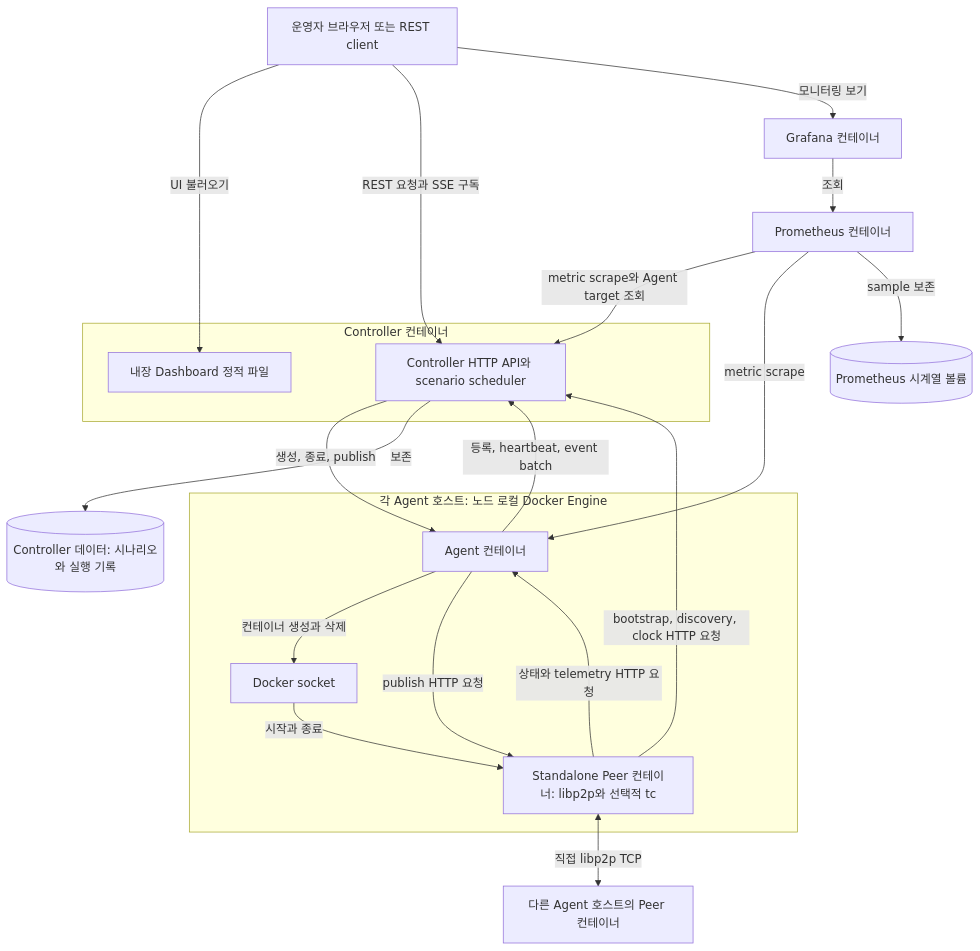
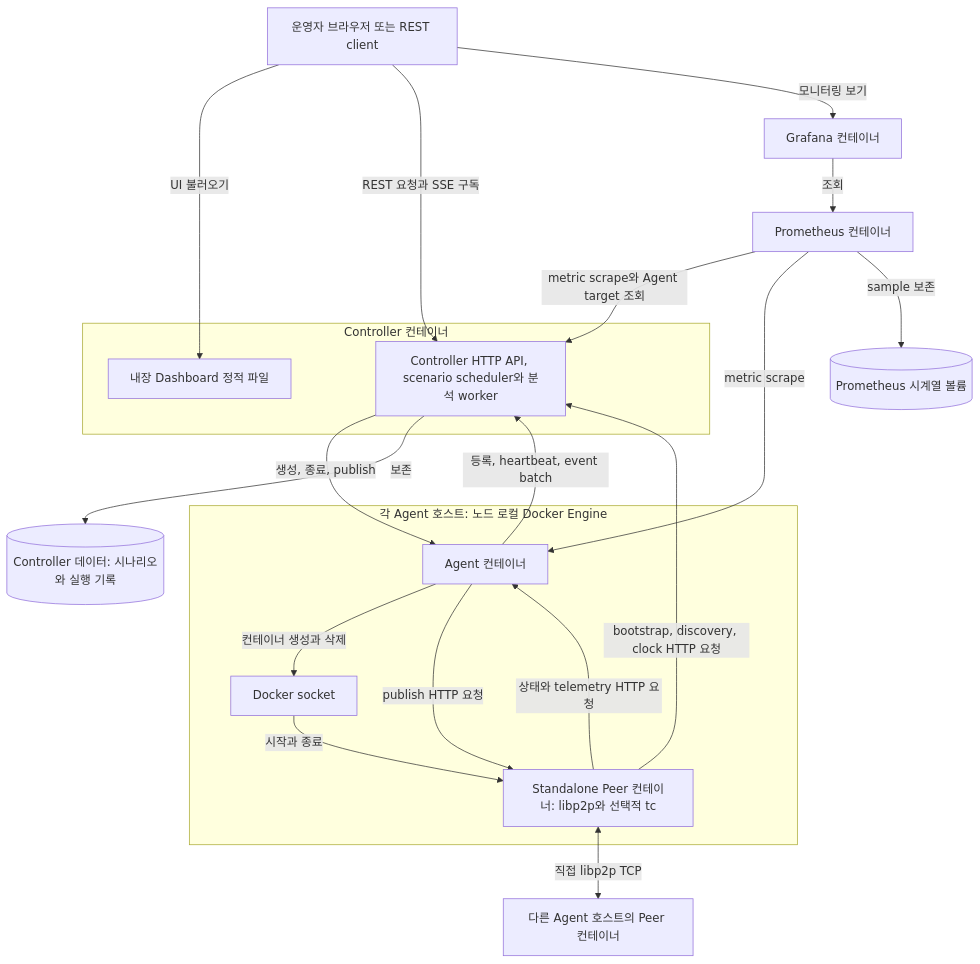
One commit to k-p2p-lab/v3 changed the diagram in docs/architecture.kr.md. Above: the diagram before and after it, drawn with Mermaid. The commit also changed other lines of this file and 24 other files, not shown here.

````diff
--- a/docs/architecture.kr.md
+++ b/docs/architecture.kr.md
@@ -7,34 +7,34 @@
 ```mermaid
 flowchart TB
     operator["운영자 브라우저 또는 REST client"]
     subgraph controllerContainer["Controller 컨테이너"]
         dashboard["내장 Dashboard 정적 파일"]
-        controller["Controller HTTP API와 scenario scheduler"]
+        controller["Controller HTTP API, scenario scheduler와 분석 worker"]
     end
     subgraph agentHost["각 Agent 호스트: 노드 로컬 Docker Engine"]
         agent["Agent 컨테이너"]
         docker["Docker socket"]
         peer["Standalone Peer 컨테이너: libp2p와 선택적 tc"]
     end
     remote["다른 Agent 호스트의 Peer 컨테이너"]
     prometheus["Prometheus 컨테이너"]
     grafana["Grafana 컨테이너"]
     records[("Controller 데이터: 시나리오와 실행 기록")]
     series[("Prometheus 시계열 볼륨")]
     operator -->|"UI 불러오기"| dashboard
     operator -->|"REST 요청과 SSE 구독"| controller
     controller -->|"생성, 종료, publish"| agent
     agent -->|"등록, heartbeat, event batch"| controller
     agent -->|"컨테이너 생성과 삭제"| docker
     docker -->|"시작과 종료"| peer
     agent -->|"publish HTTP 요청"| peer
     peer -->|"상태와 telemetry HTTP 요청"| agent
     peer -->|"bootstrap, discovery, clock HTTP 요청"| controller
     peer <-->|"직접 libp2p TCP"| remote
     controller -->|"보존"| records
     prometheus -->|"metric scrape와 Agent target 조회"| controller
     prometheus -->|"metric scrape"| agent
     prometheus -->|"sample 보존"| series
     grafana -->|"조회"| prometheus
     operator -->|"모니터링 보기"| grafana
 ```
````
